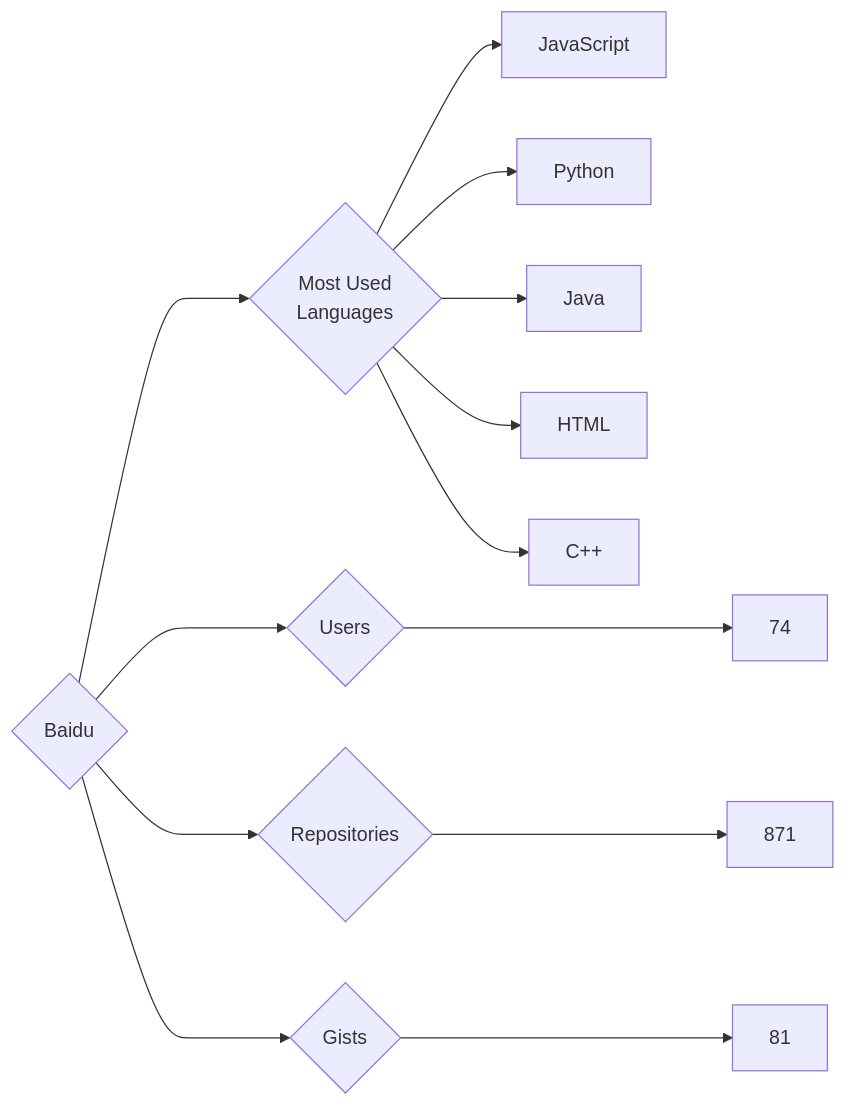
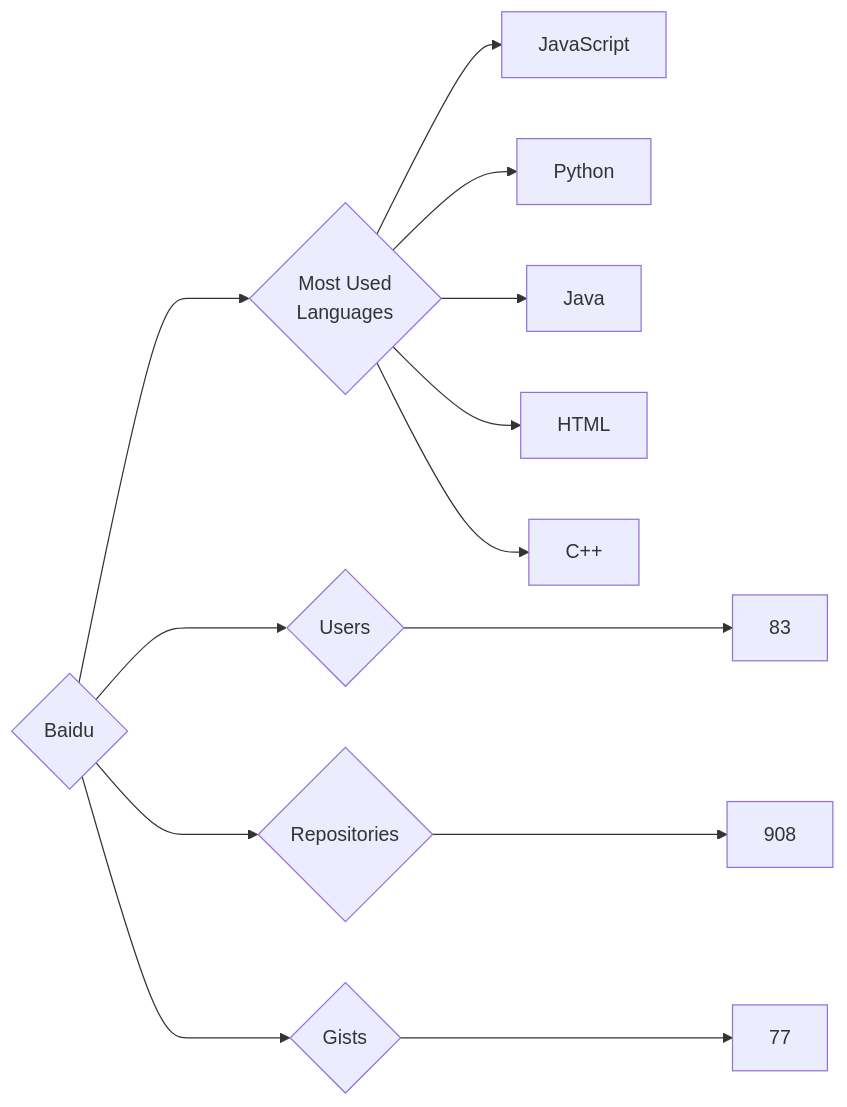
One commit to trickest/insiders changed the diagram in targets/Baidu/README.md. Above: the diagram before and after it, drawn with Mermaid. The commit also changed 1011 other files, not shown here.

````diff
--- a/targets/Baidu/README.md
+++ b/targets/Baidu/README.md
@@ -3,13 +3,13 @@
 ```mermaid
 graph LR
 COMPANY_NAME{Baidu}
-COMPANY_NAME ---> U{Users} ---> UN[74]
-COMPANY_NAME ---> R{Repositories} ---> RN[871]
-COMPANY_NAME ---> G{Gists} ---> GN[81]
+COMPANY_NAME ---> U{Users} ---> UN[83]
+COMPANY_NAME ---> R{Repositories} ---> RN[908]
+COMPANY_NAME ---> G{Gists} ---> GN[77]
 COMPANY_NAME ---> ML{Most Used<br>Languages}
 ML --> JavaScript[JavaScript]
 ML --> Python[Python]
 ML --> Java[Java]
 ML --> HTML[HTML]
 ML --> C++[C++]
 ```
````
